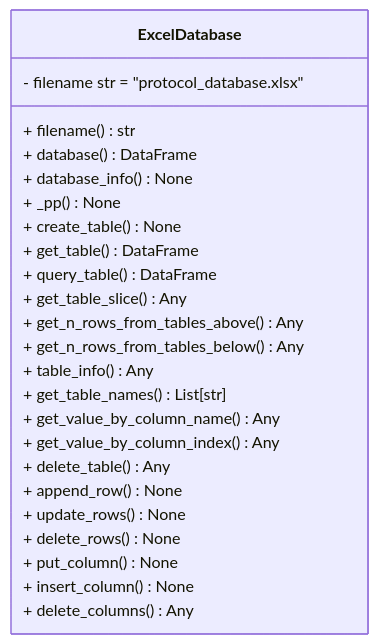
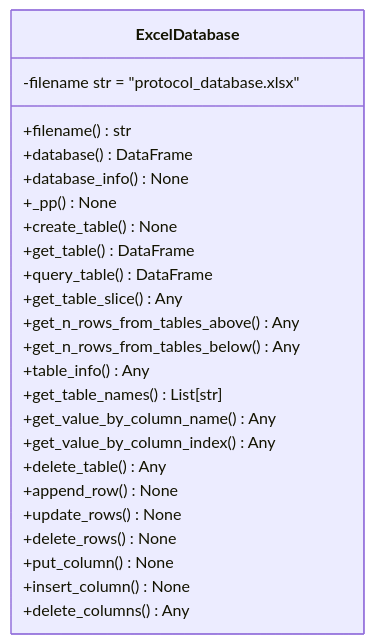
One commit to kesler20/draw-uml-backend changed the diagram in test.md. Above: the diagram before and after it, drawn with Mermaid. The commit also changed 1 other file, not shown here.

````diff
--- a/test.md
+++ b/test.md
@@ -3,25 +3,25 @@
 ```mermaid
 classDiagram
-   ExcelDatabase : - filename  str = "protocol_database.xlsx"
-   ExcelDatabase : + filename() str
-   ExcelDatabase : + database() DataFrame
-   ExcelDatabase : + database_info() None
-   ExcelDatabase : + _pp() None
-   ExcelDatabase : + create_table() None
-   ExcelDatabase : + get_table() DataFrame
-   ExcelDatabase : + query_table() DataFrame
-   ExcelDatabase : + get_table_slice() Any
-   ExcelDatabase : + get_n_rows_from_tables_above() Any
-   ExcelDatabase : + get_n_rows_from_tables_below() Any
-   ExcelDatabase : + table_info() Any
-   ExcelDatabase : + get_table_names() List[str]
-   ExcelDatabase : + get_value_by_column_name() Any
-   ExcelDatabase : + get_value_by_column_index() Any
-   ExcelDatabase : + delete_table() Any
-   ExcelDatabase : + append_row() None
-   ExcelDatabase : + update_rows() None
-   ExcelDatabase : + delete_rows() None
-   ExcelDatabase : + put_column() None
-   ExcelDatabase : + insert_column() None
-   ExcelDatabase : + delete_columns() Any
+   ExcelDatabase : -filename  str = "protocol_database.xlsx"
+   ExcelDatabase : +filename() str
+   ExcelDatabase : +database() DataFrame
+   ExcelDatabase : +database_info() None
+   ExcelDatabase : +_pp() None
+   ExcelDatabase : +create_table() None
+   ExcelDatabase : +get_table() DataFrame
+   ExcelDatabase : +query_table() DataFrame
+   ExcelDatabase : +get_table_slice() Any
+   ExcelDatabase : +get_n_rows_from_tables_above() Any
+   ExcelDatabase : +get_n_rows_from_tables_below() Any
+   ExcelDatabase : +table_info() Any
+   ExcelDatabase : +get_table_names() List[str]
+   ExcelDatabase : +get_value_by_column_name() Any
+   ExcelDatabase : +get_value_by_column_index() Any
+   ExcelDatabase : +delete_table() Any
+   ExcelDatabase : +append_row() None
+   ExcelDatabase : +update_rows() None
+   ExcelDatabase : +delete_rows() None
+   ExcelDatabase : +put_column() None
+   ExcelDatabase : +insert_column() None
+   ExcelDatabase : +delete_columns() Any
 ```
````
